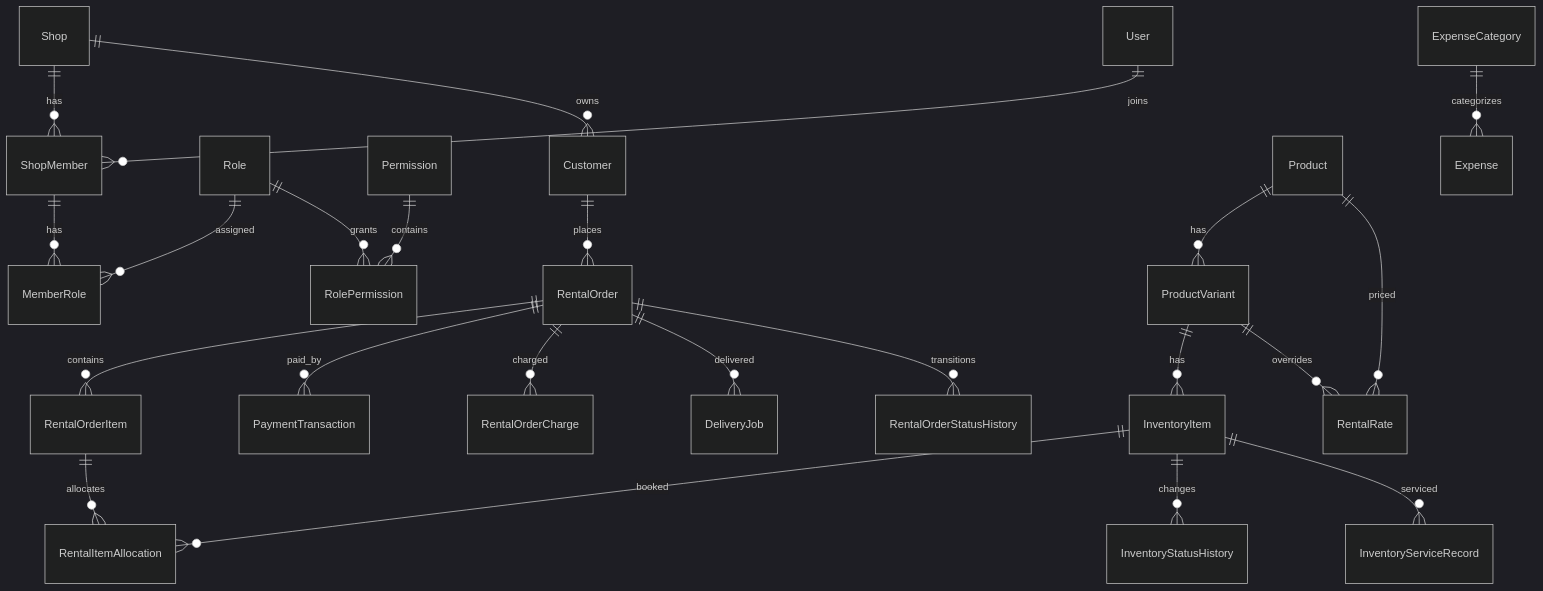
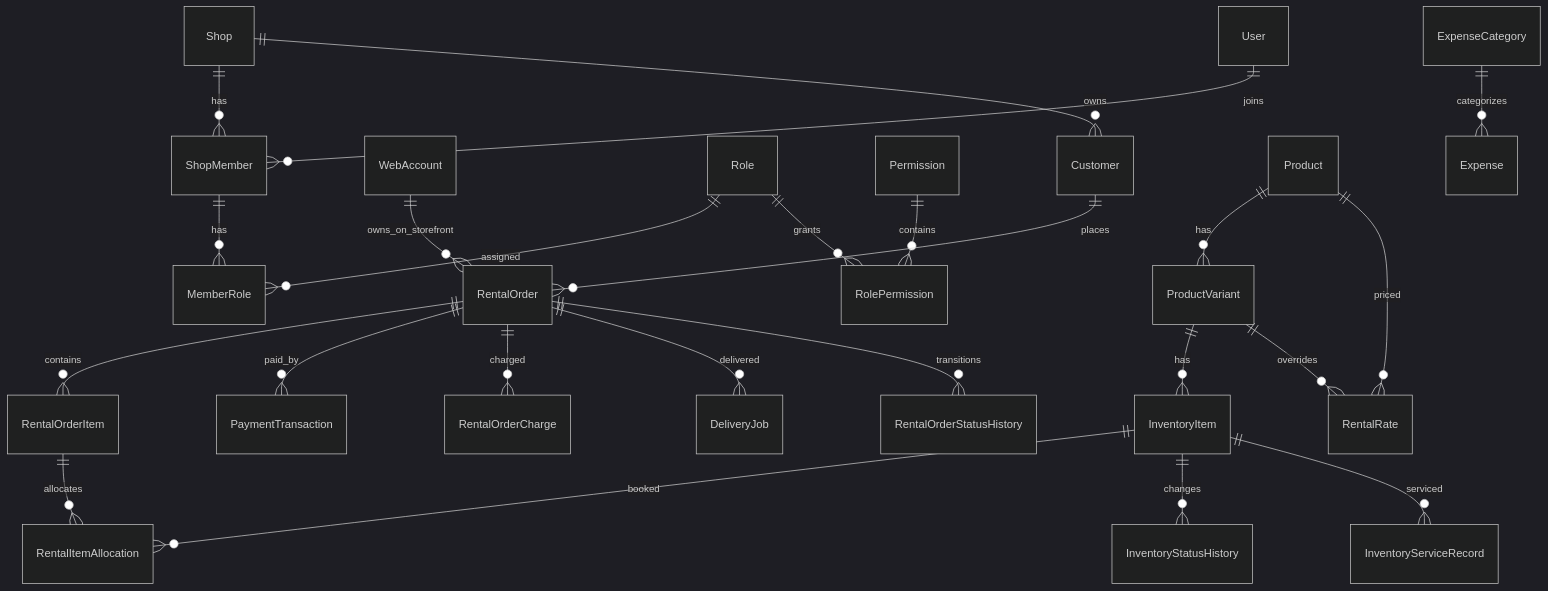
The diagram in docs/DATABASE.md (cdmanh1108/Kitty-Shop-BE_NestJS), drawn with Mermaid (dark theme) before and after one commit. The commit also changed other lines of this file and 29 other files, not shown here.

Commit message:
feat(rentals): add web account ownership and order source

````diff
--- a/docs/DATABASE.md
+++ b/docs/DATABASE.md
@@ -9,28 +9,29 @@
 ```mermaid
 erDiagram
   Shop ||--o{ ShopMember : has
+  WebAccount ||--o{ RentalOrder : owns_on_storefront
   User ||--o{ ShopMember : joins
   ShopMember ||--o{ MemberRole : has
   Role ||--o{ MemberRole : assigned
   Role ||--o{ RolePermission : grants
   Permission ||--o{ RolePermission : contains
 
   Shop ||--o{ Customer : owns
   Customer ||--o{ RentalOrder : places
   Product ||--o{ ProductVariant : has
   ProductVariant ||--o{ InventoryItem : has
   Product ||--o{ RentalRate : priced
   ProductVariant ||--o{ RentalRate : overrides
 
   RentalOrder ||--o{ RentalOrderItem : contains
   RentalOrderItem ||--o{ RentalItemAllocation : allocates
   InventoryItem ||--o{ RentalItemAllocation : booked
   RentalOrder ||--o{ PaymentTransaction : paid_by
   RentalOrder ||--o{ RentalOrderCharge : charged
   RentalOrder ||--o{ DeliveryJob : delivered
   RentalOrder ||--o{ RentalOrderStatusHistory : transitions
 
   InventoryItem ||--o{ InventoryStatusHistory : changes
   InventoryItem ||--o{ InventoryServiceRecord : serviced
   ExpenseCategory ||--o{ Expense : categorizes
 ```
````
